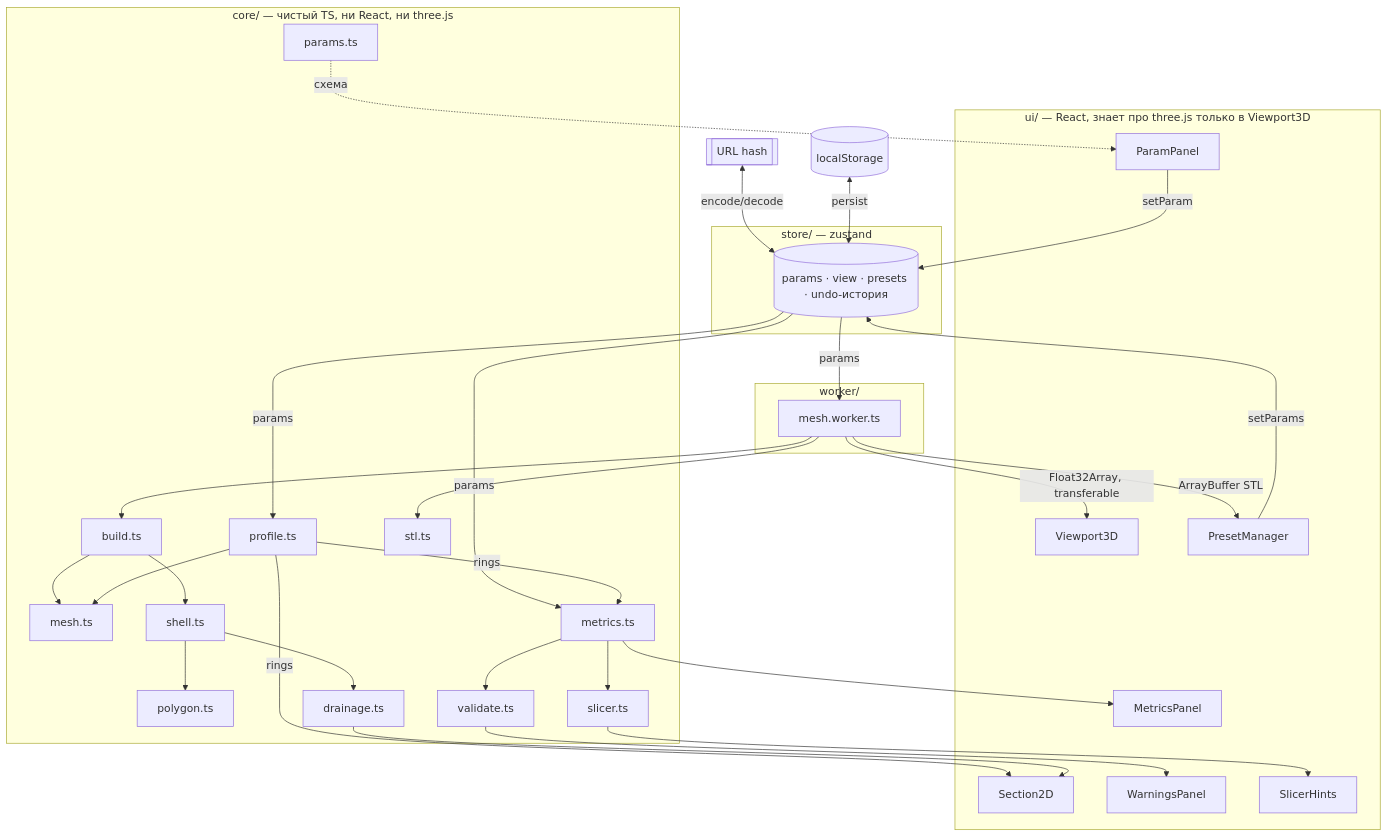
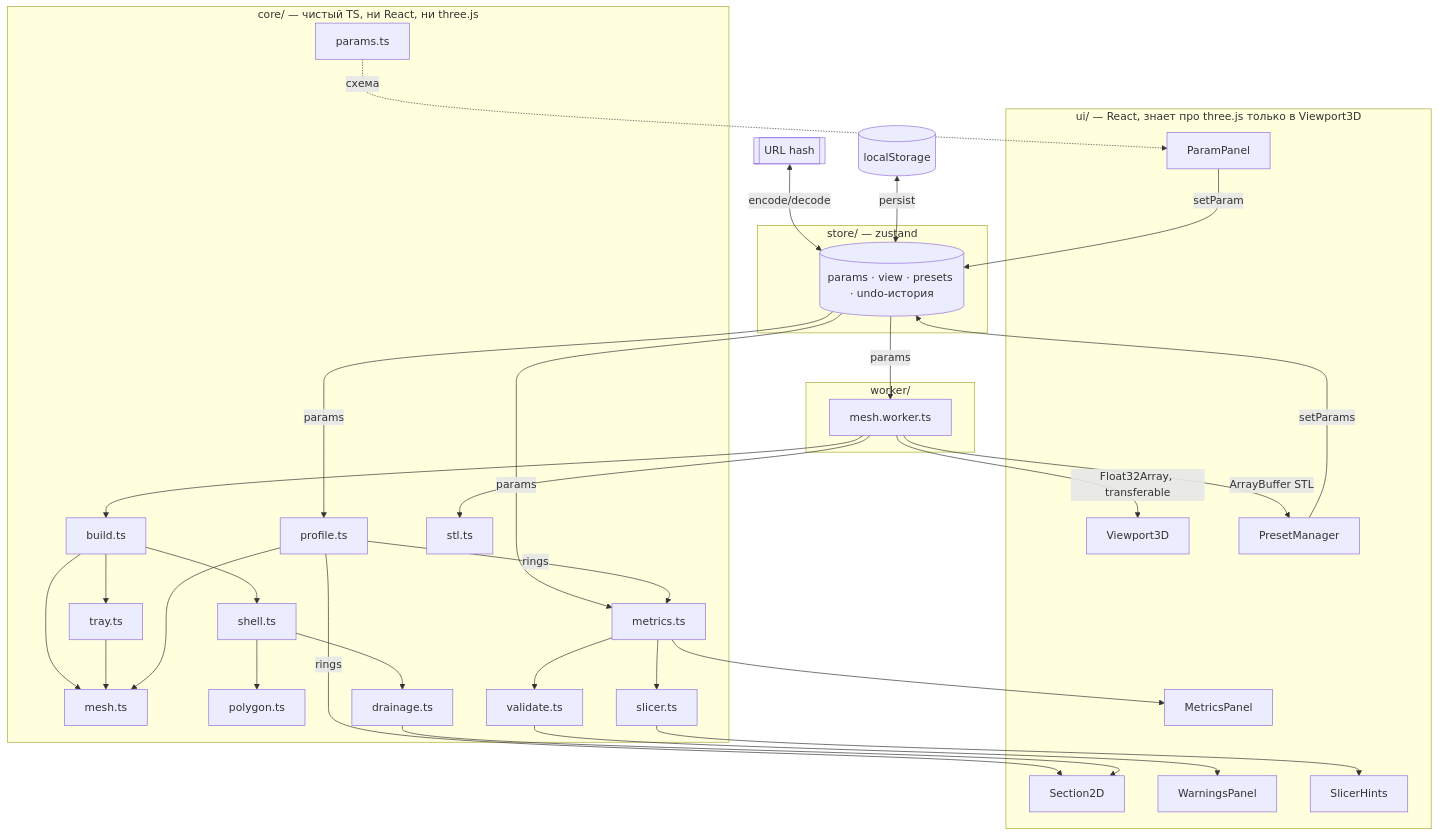
Before and after one commit to smirnov-nv/pot-gen: the diagram in docs/architecture.md, drawn with Mermaid. The commit also changed 13 other files, not shown here.

````diff
--- a/docs/architecture.md
+++ b/docs/architecture.md
@@ -5,59 +5,61 @@
 ```mermaid
 flowchart TB
   subgraph UI["ui/ — React, знает про three.js только в Viewport3D"]
     Param[ParamPanel]
     View3[Viewport3D]
     View2[Section2D]
     Metr[MetricsPanel]
     Warn[WarningsPanel]
     Hints[SlicerHints]
     Preset[PresetManager]
   end
 
   subgraph Store["store/ — zustand"]
     S[(params · view · presets · undo-история)]
   end
 
   subgraph Worker["worker/"]
     W[mesh.worker.ts]
   end
 
   subgraph Core["core/ — чистый TS, ни React, ни three.js"]
     P[profile.ts]
     M[mesh.ts]
     SH[shell.ts]
+    TR[tray.ts]
     PG[polygon.ts]
     B[build.ts]
     ST[stl.ts]
     ME[metrics.ts]
     V[validate.ts]
     SL[slicer.ts]
     PA[params.ts]
     DR[drainage.ts]
   end
 
   Param -->|setParam| S
   Preset -->|setParams| S
   S -->|params| W
   S -->|params| ME
   S -->|params| P
 
   W --> B --> M
   B --> SH --> PG
+  B --> TR --> M
   SH --> DR
   P --> M
   W --> ST
   W -->|Float32Array, transferable| View3
   W -->|ArrayBuffer STL| Preset
 
   P -->|rings| View2
   P -->|rings| ME
   ME --> Metr
   ME --> V --> Warn
   ME --> SL --> Hints
   PA -.->|схема| Param
   DR --> View2
 
   Hash[["URL hash"]] <-->|encode/decode| S
   LS[("localStorage")] <-->|persist| S
 ```
````
